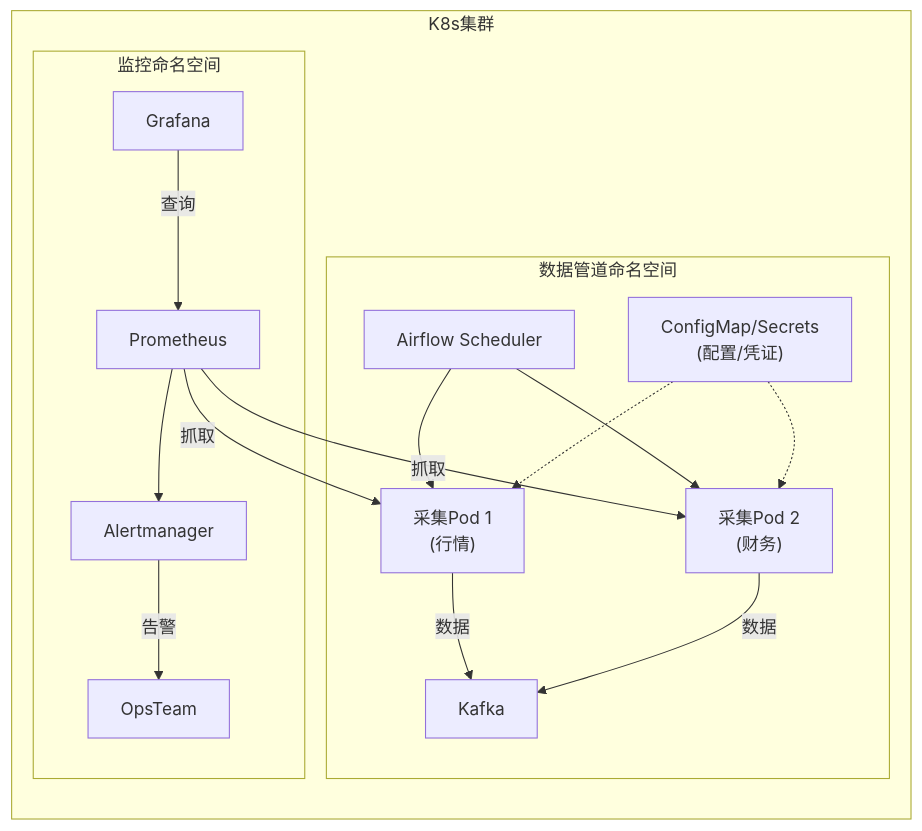
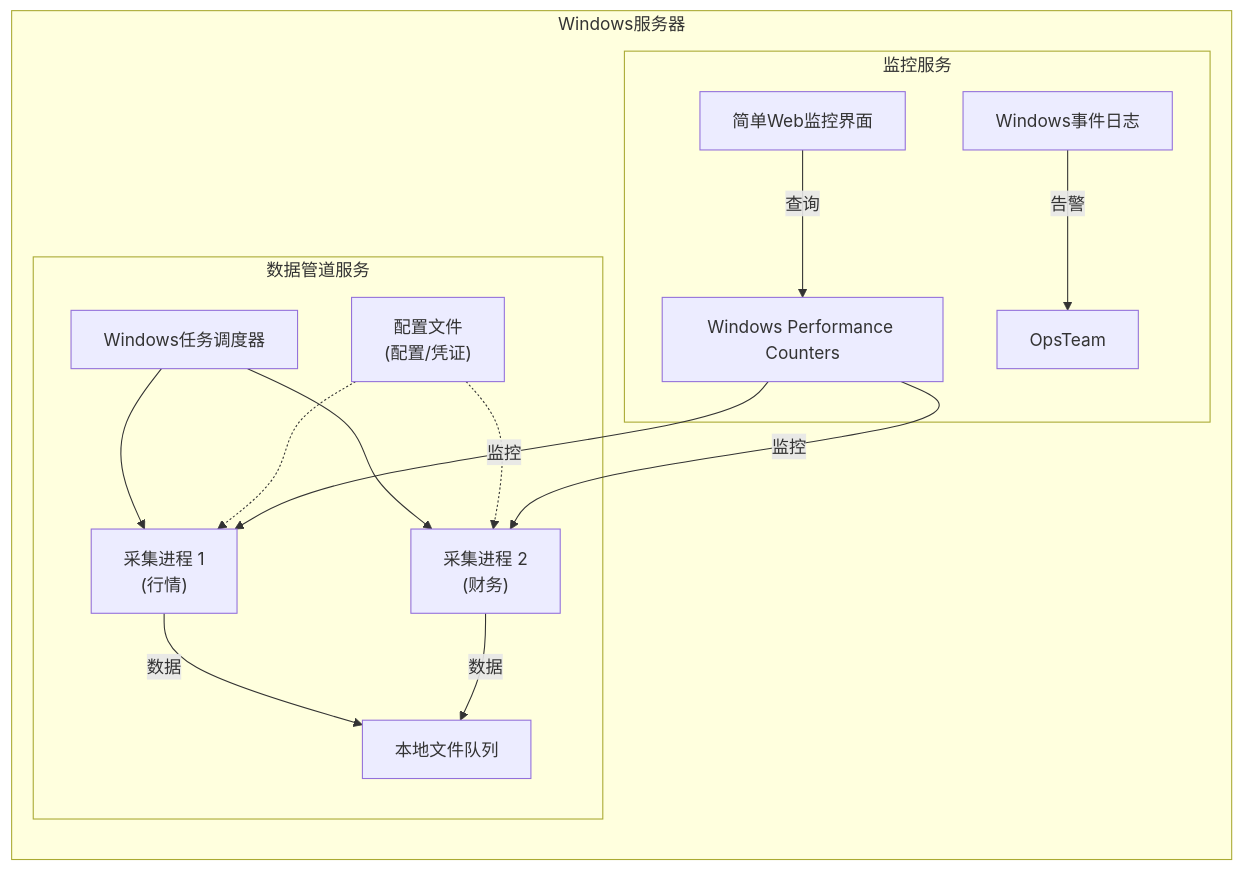
Before and after one commit to jiaenyue/project-argus-qmt-agent: the sixth of 6 diagrams in argus-doc/tushare_pro_integration_design.md, drawn with Mermaid. The commit also changed other lines of this file and 340 other files, not shown here.

````diff
--- a/argus-doc/tushare_pro_integration_design.md
+++ b/argus-doc/tushare_pro_integration_design.md
@@ -289,18 +312,17 @@
 ```mermaid
 graph LR
-    subgraph K8s集群
-        subgraph 数据管道命名空间
-            A[Airflow Scheduler] --> C1; A --> C2
-            C1["采集Pod 1<br>(行情)"] -- 数据 --> K[Kafka]
-            C2["采集Pod 2<br>(财务)"] -- 数据 --> K
-            CM["ConfigMap/Secrets<br>(配置/凭证)"]-.->C1; CM-.->C2
+    subgraph Windows服务器
+        subgraph 数据管道服务
+            A[Windows任务调度器] --> C1; A --> C2
+            C1["采集进程 1<br>(行情)"] -- 数据 --> LQ[本地文件队列]
+            C2["采集进程 2<br>(财务)"] -- 数据 --> LQ
+            CM["配置文件<br>(配置/凭证)"]-.->C1; CM-.->C2
         end
         
-        subgraph 监控命名空间
-            P[Prometheus] -- 抓取 --> C1; P -- 抓取 --> C2
-            P --> AL[Alertmanager]
-            AL -- 告警 --> OpsTeam
-            G[Grafana] -- 查询 --> P
+        subgraph 监控服务
+            WPC[Windows Performance Counters] -- 监控 --> C1; WPC -- 监控 --> C2
+            WEL[Windows事件日志] -- 告警 --> OpsTeam
+            WebUI[简单Web监控界面] -- 查询 --> WPC
         end
     end
 ```
````
